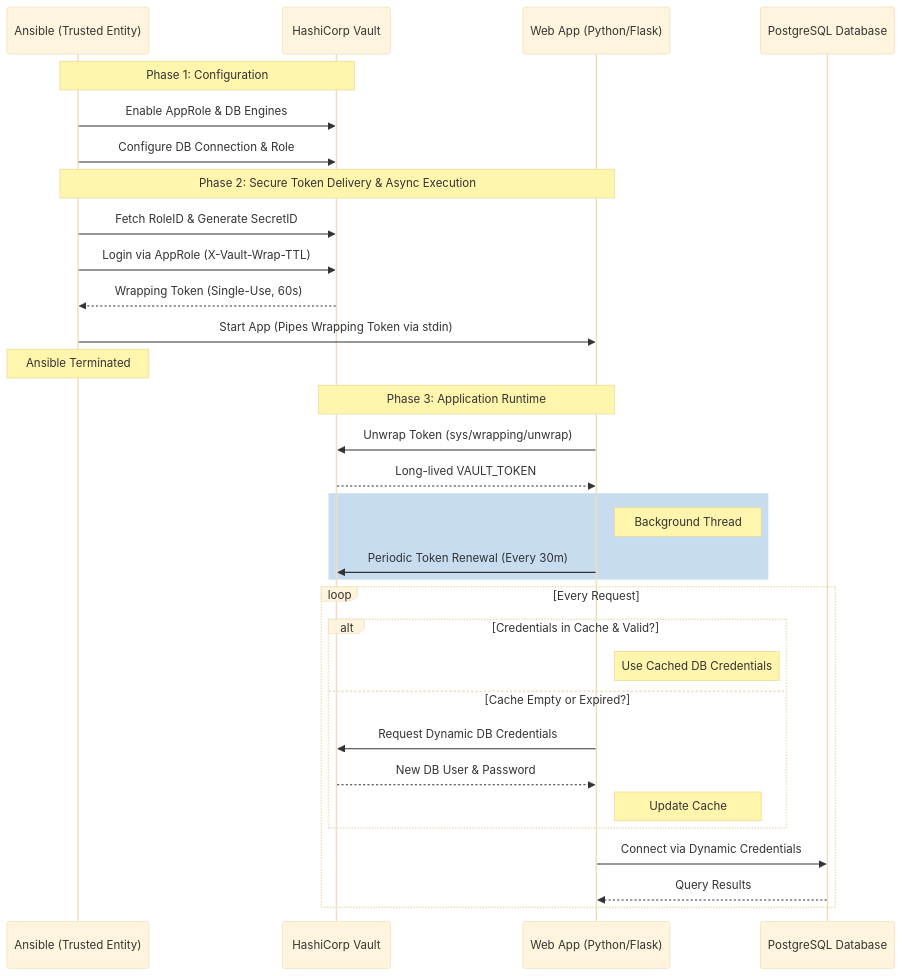
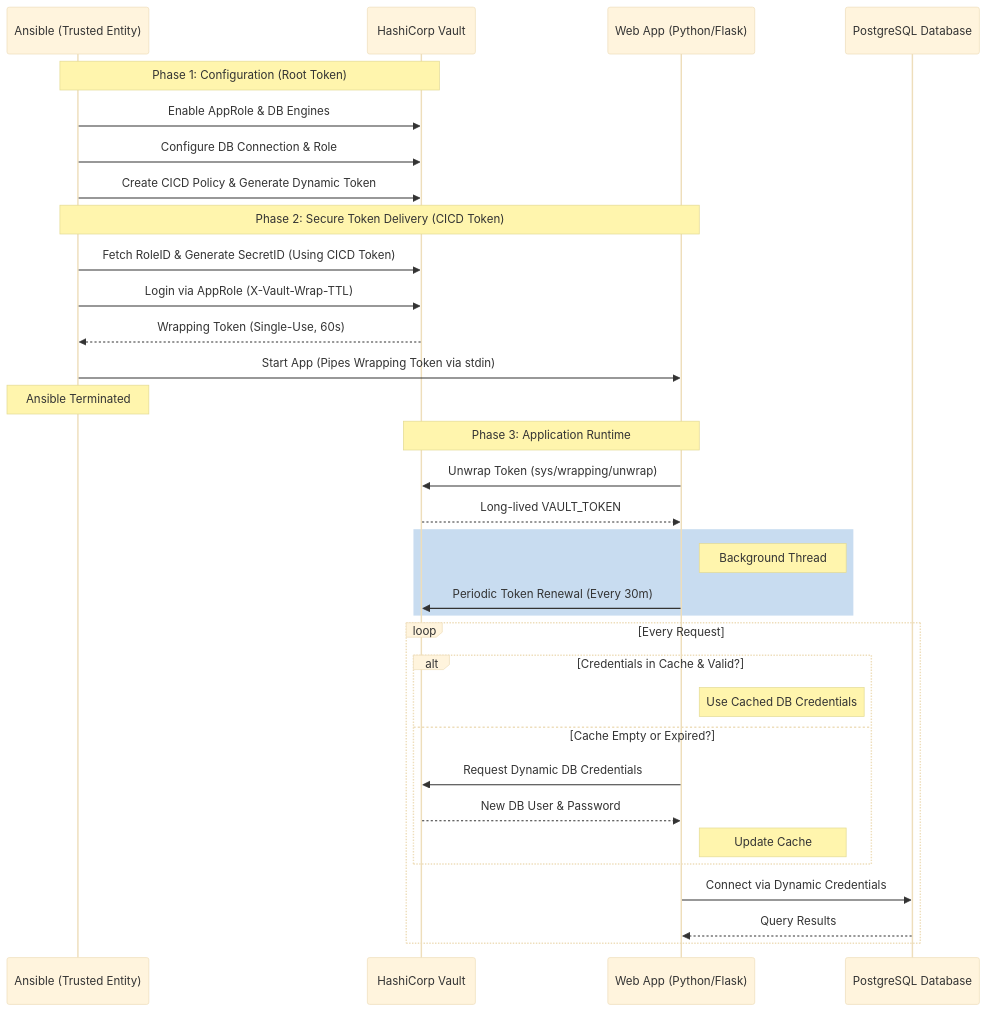
Before and after one commit to sunnyvale-academy/vault-approle: the diagram in README.md, drawn with Mermaid (base theme). The commit also changed other lines of this file, not shown here.

Commit message:
docs: update sequence diagram and security notes for cicd token

````diff
--- a/README.md
+++ b/README.md
@@ -5,39 +5,40 @@
 ```mermaid
 sequenceDiagram
     participant A as Ansible (Trusted Entity)
     participant V as HashiCorp Vault
     participant W as Web App (Python/Flask)
     participant D as PostgreSQL Database
 
-    Note over A,V: Phase 1: Configuration
+    Note over A,V: Phase 1: Configuration (Root Token)
     A->>V: Enable AppRole & DB Engines
     A->>V: Configure DB Connection & Role
+    A->>V: Create CICD Policy & Generate Dynamic Token
 
-    Note over A,W: Phase 2: Secure Token Delivery & Async Execution
-    A->>V: Fetch RoleID & Generate SecretID
+    Note over A,W: Phase 2: Secure Token Delivery (CICD Token)
+    A->>V: Fetch RoleID & Generate SecretID (Using CICD Token)
     A->>V: Login via AppRole (X-Vault-Wrap-TTL)
     V-->>A: Wrapping Token (Single-Use, 60s)
     A->>W: Start App (Pipes Wrapping Token via stdin)
     Note over A: Ansible Terminated
 
     Note over W,V: Phase 3: Application Runtime
     W->>V: Unwrap Token (sys/wrapping/unwrap)
     V-->>W: Long-lived VAULT_TOKEN
     
     rect rgb(200, 220, 240)
         Note right of W: Background Thread
         W->>V: Periodic Token Renewal (Every 30m)
     end
 
     loop Every Request
         alt Credentials in Cache & Valid?
             Note right of W: Use Cached DB Credentials
         else Cache Empty or Expired?
             W->>V: Request Dynamic DB Credentials
             V-->>W: New DB User & Password
             Note right of W: Update Cache
         end
         W->>D: Connect via Dynamic Credentials
         D-->>W: Query Results
     end
 ```
````
